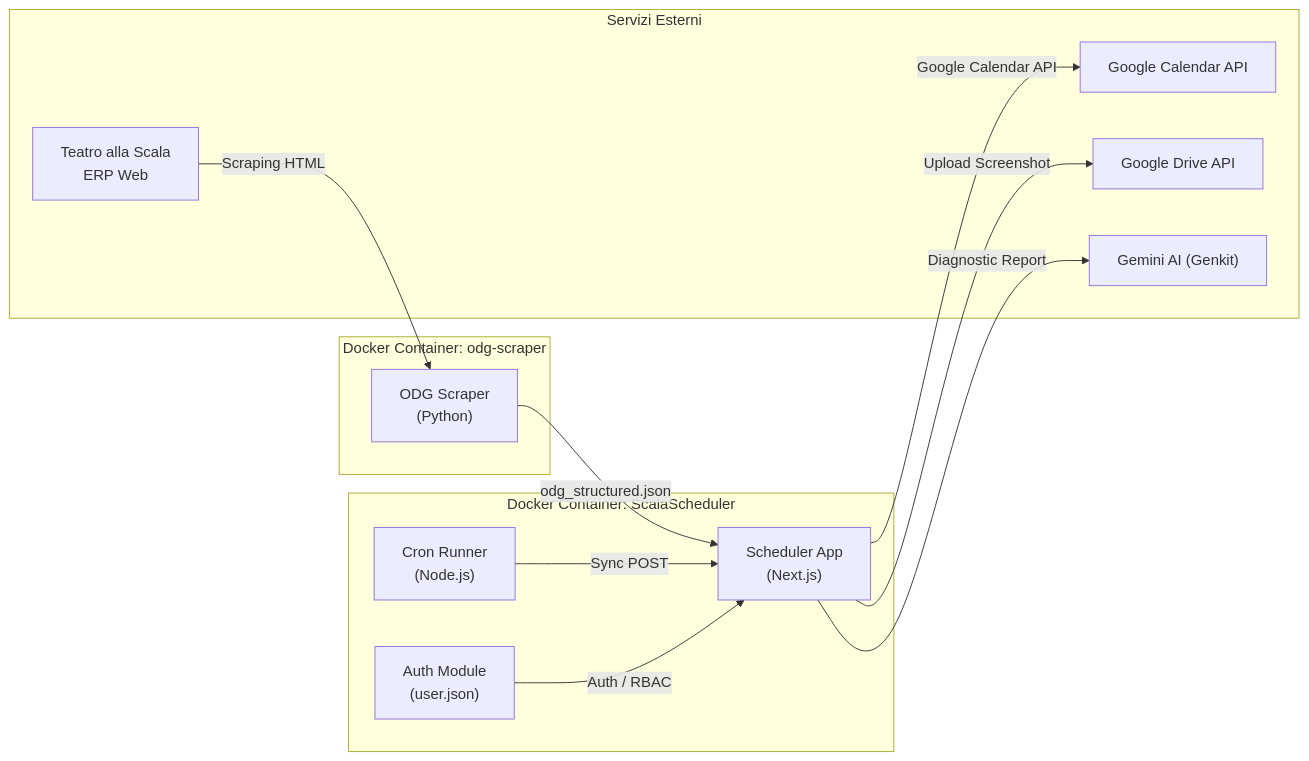
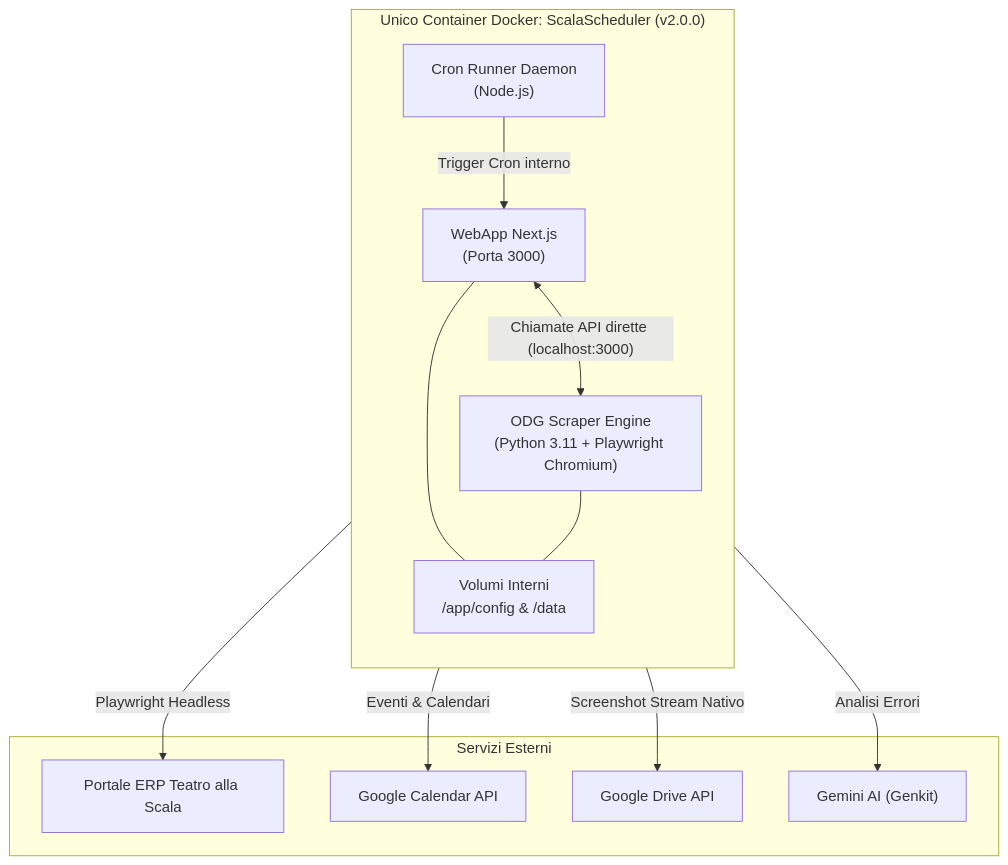
One commit to ciacky85/ScalaScheduler changed the diagram in README.md. Above: the diagram before and after it, drawn with Mermaid. The commit also changed other lines of this file and 3 other files, not shown here.

Commit message:
docs: update all markdown documentation for v2.0.0 unified single-container architecture

````diff
--- a/README.md
+++ b/README.md
@@ -65,25 +70,27 @@
 ```mermaid
-graph LR
-    subgraph "Docker Container: odg-scraper"
-        A["ODG Scraper<br/>(Python)"]
+graph TD
+    subgraph "Unico Container Docker: ScalaScheduler (v2.0.0)"
+        direction TB
+        A["WebApp Next.js<br/>(Porta 3000)"]
+        B["ODG Scraper Engine<br/>(Python 3.11 + Playwright Chromium)"]
+        C["Cron Runner Daemon<br/>(Node.js)"]
+        D["Volumi Interni<br/>/app/config & /data"]
+        
+        A <-->|"Chiamate API dirette (localhost:3000)"| B
+        C -->|"Trigger Cron interno"| A
+        A --- D
+        B --- D
     end
-    subgraph "Docker Container: ScalaScheduler"
-        B["Scheduler App<br/>(Next.js)"]
-        C["Cron Runner<br/>(Node.js)"]
-        D["Auth Module<br/>(user.json)"]
-    end
+
     subgraph "Servizi Esterni"
-        E["Teatro alla Scala<br/>ERP Web"]
+        E["Portale ERP Teatro alla Scala"]
         F["Google Calendar API"]
         G["Google Drive API"]
         H["Gemini AI (Genkit)"]
     end
 
-    E -->|"Scraping HTML"| A
-    A -->|"odg_structured.json"| B
-    B -->|"Google Calendar API"| F
-    B -->|"Upload Screenshot"| G
-    B -->|"Diagnostic Report"| H
-    C -->|"Sync POST"| B
-    D -->|"Auth / RBAC"| B
+    B -->|"Playwright Headless"| E
+    A -->|"Eventi & Calendari"| F
+    A -->|"Screenshot Stream Nativo"| G
+    A -->|"Analisi Errori"| H
 ```
````
